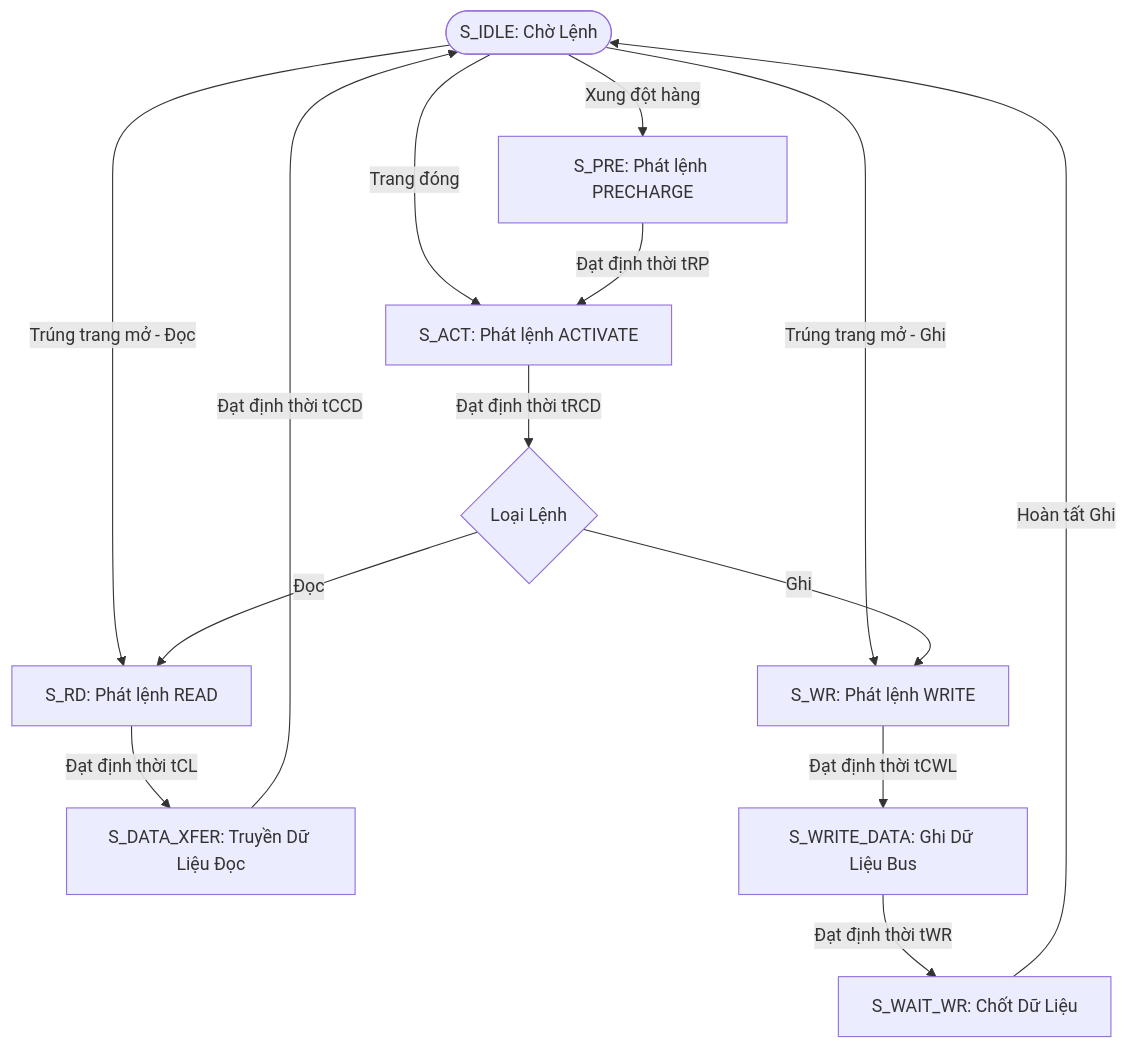
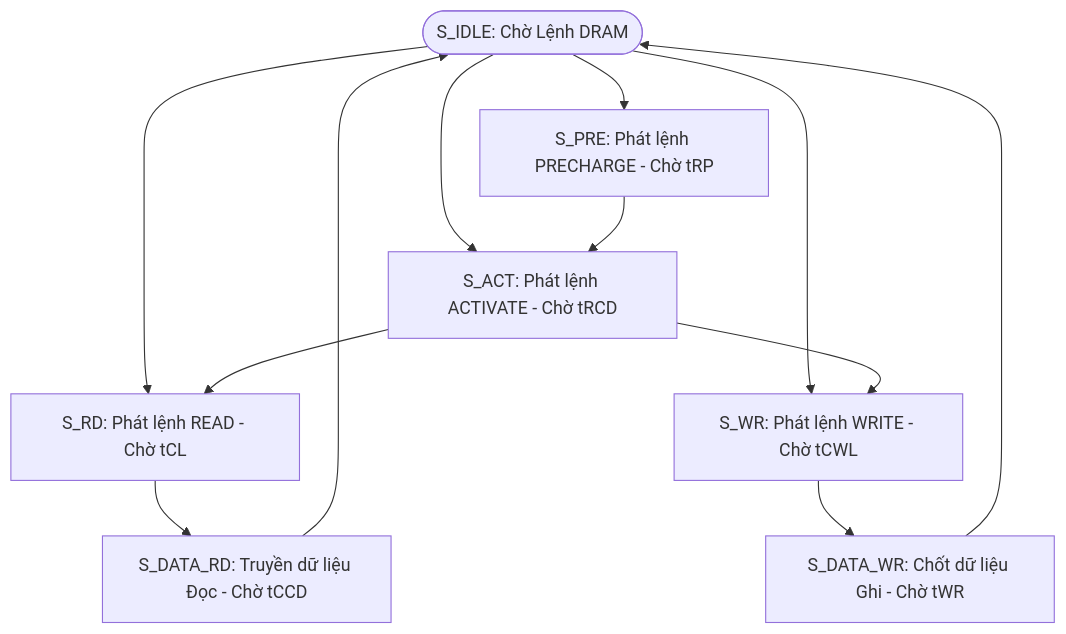
One commit to quachtuanthanh80-arch/DRAM changed the second of 2 diagrams in README.md. Above: the diagram before and after it, drawn with Mermaid. The commit also changed other lines of this file, not shown here.

Commit message:
docs(readme): strip edge labels to fix GitHub Mermaid rendering compatibility

````diff
--- a/README.md
+++ b/README.md
@@ -106,22 +105,25 @@
 ```mermaid
 flowchart TD
-    IDLE([S_IDLE: Chờ Lệnh])
+    IDLE([S_IDLE: Chờ Lệnh DRAM])
+    PRE[S_PRE: Phát lệnh PRECHARGE - Chờ tRP]
+    ACT[S_ACT: Phát lệnh ACTIVATE - Chờ tRCD]
+    RD[S_RD: Phát lệnh READ - Chờ tCL]
+    WR[S_WR: Phát lệnh WRITE - Chờ tCWL]
+    DATA_RD[S_DATA_RD: Truyền dữ liệu Đọc - Chờ tCCD]
+    DATA_WR[S_DATA_WR: Chốt dữ liệu Ghi - Chờ tWR]
 
-    IDLE -->|Xung đột hàng| PRE[S_PRE: Phát lệnh PRECHARGE]
-    IDLE -->|Trang đóng| ACT[S_ACT: Phát lệnh ACTIVATE]
-    IDLE -->|Trúng trang mở - Đọc| RD[S_RD: Phát lệnh READ]
-    IDLE -->|Trúng trang mở - Ghi| WR[S_WR: Phát lệnh WRITE]
+    IDLE --> PRE
+    IDLE --> ACT
+    IDLE --> RD
+    IDLE --> WR
 
-    PRE -->|Đạt định thời tRP| ACT
-    
-    ACT -->|Đạt định thời tRCD| WAIT_RCD{Loại Lệnh}
-    WAIT_RCD -->|Đọc| RD
-    WAIT_RCD -->|Ghi| WR
+    PRE --> ACT
+    ACT --> RD
+    ACT --> WR
 
-    RD -->|Đạt định thời tCL| DATA_XFER[S_DATA_XFER: Truyền Dữ Liệu Đọc]
-    DATA_XFER -->|Đạt định thời tCCD| IDLE
+    RD --> DATA_RD
+    DATA_RD --> IDLE
 
-    WR -->|Đạt định thời tCWL| WRITE_DATA[S_WRITE_DATA: Ghi Dữ Liệu Bus]
-    WRITE_DATA -->|Đạt định thời tWR| WAIT_WR[S_WAIT_WR: Chốt Dữ Liệu]
-    WAIT_WR -->|Hoàn tất Ghi| IDLE
+    WR --> DATA_WR
+    DATA_WR --> IDLE
 ```
````
